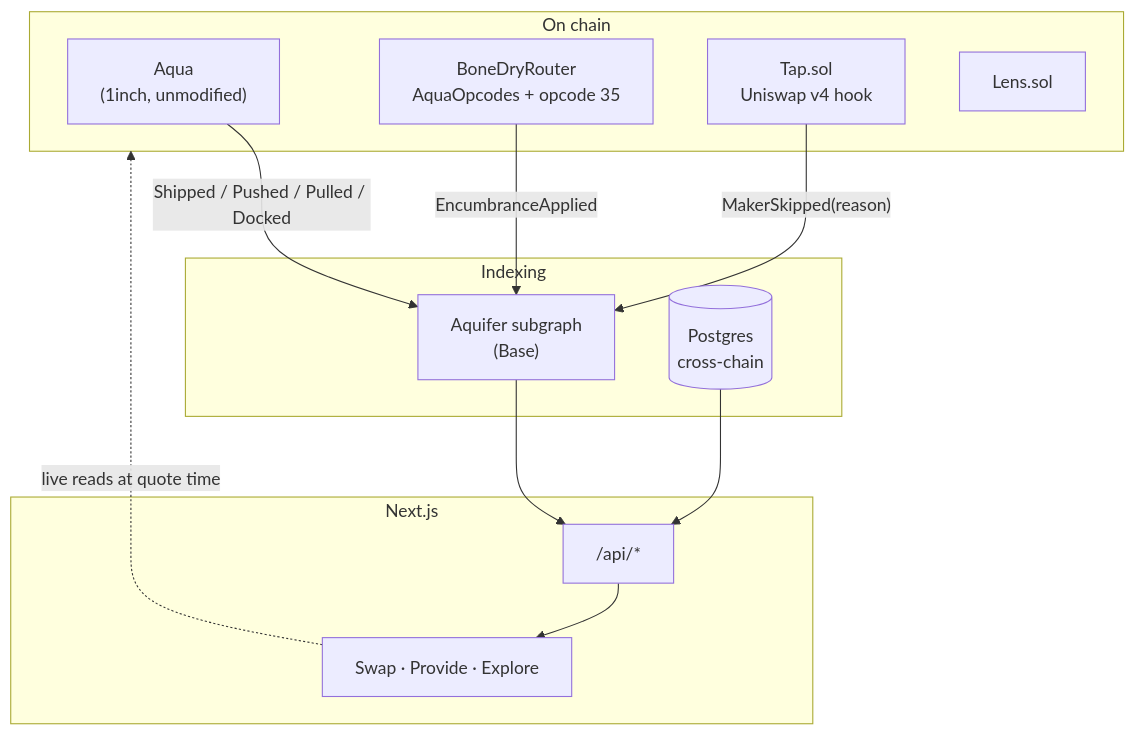
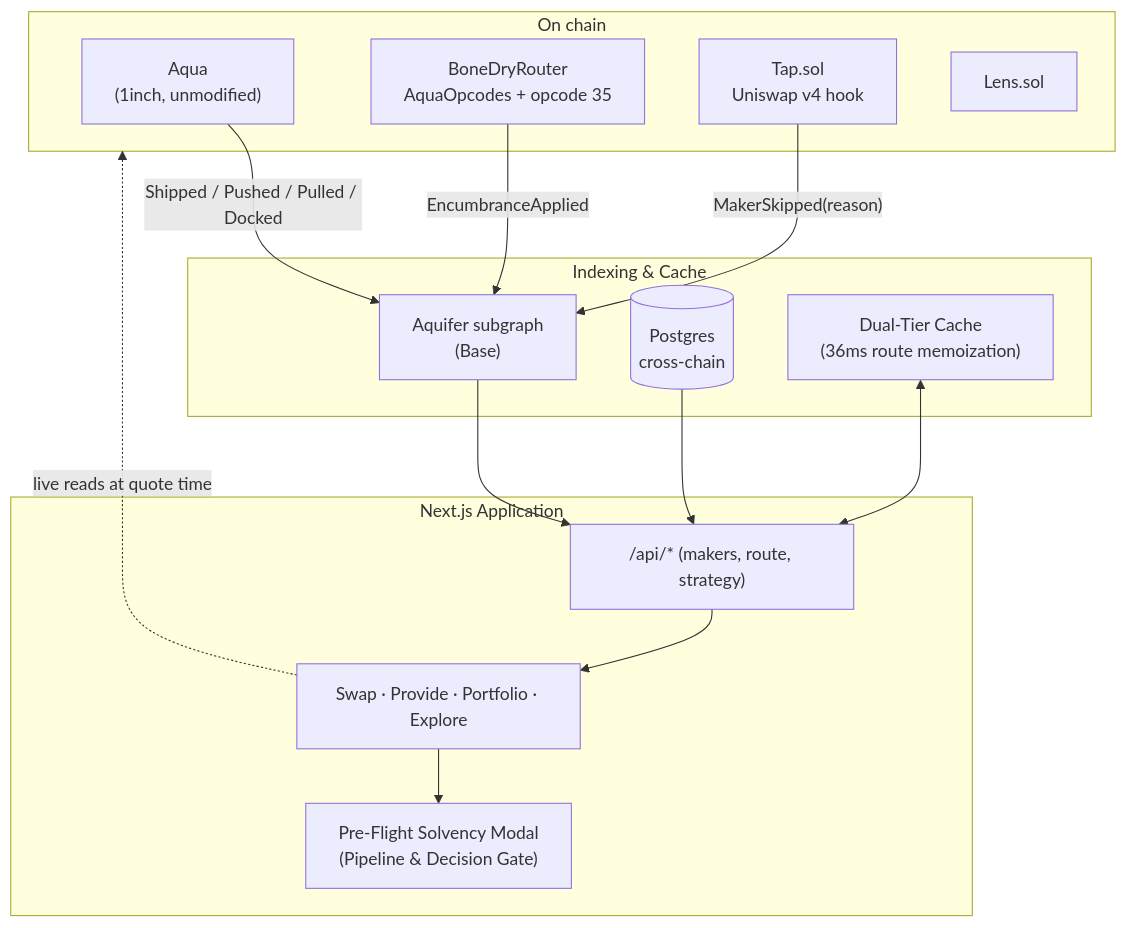
Before and after one commit to dhruv457457/Bone-Dry: the second of 2 diagrams in README.md, drawn with Mermaid. The commit also changed other lines of this file and 7 other files, not shown here.

````diff
--- a/README.md
+++ b/README.md
@@ -182,24 +296,28 @@
 ```mermaid
 flowchart TB
   subgraph chain["On chain"]
     AQ["Aqua<br/>(1inch, unmodified)"]
     BDR["BoneDryRouter<br/>AquaOpcodes + opcode 35"]
     TAP["Tap.sol<br/>Uniswap v4 hook"]
     LENS["Lens.sol"]
   end
-  subgraph index["Indexing"]
+  subgraph index["Indexing & Cache"]
     SG["Aquifer subgraph<br/>(Base)"]
     PG[("Postgres<br/>cross-chain")]
+    MEM["Dual-Tier Cache<br/>(36ms route memoization)"]
   end
-  subgraph app["Next.js"]
-    API["/api/*"]
-    UI["Swap · Provide · Explore"]
+  subgraph app["Next.js Application"]
+    API["/api/* (makers, route, strategy)"]
+    UI["Swap · Provide · Portfolio · Explore"]
+    PRE["Pre-Flight Solvency Modal<br/>(Pipeline & Decision Gate)"]
   end
   AQ -->|"Shipped / Pushed / Pulled / Docked"| SG
   BDR -->|"EncumbranceApplied"| SG
   TAP -->|"MakerSkipped(reason)"| SG
   SG --> API
   PG --> API
+  MEM <--> API
   API --> UI
+  UI --> PRE
   UI -.->|"live reads at quote time"| chain
 ```
````
